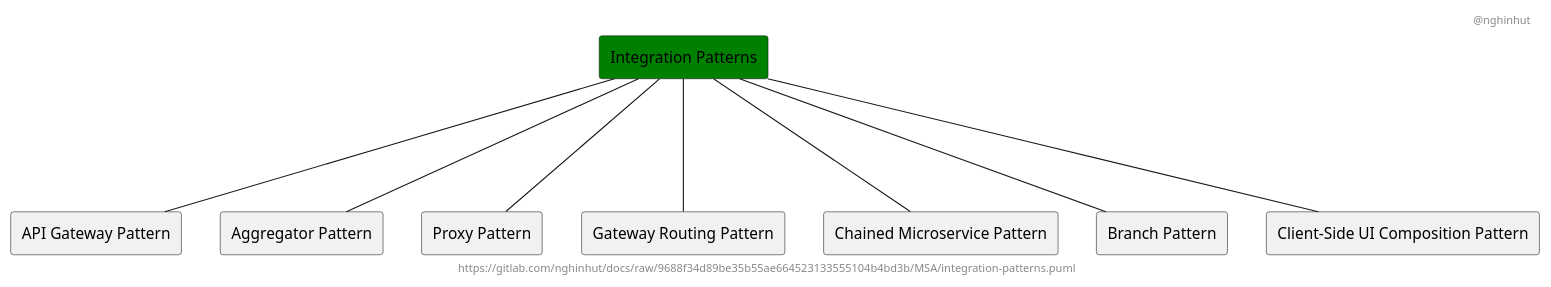
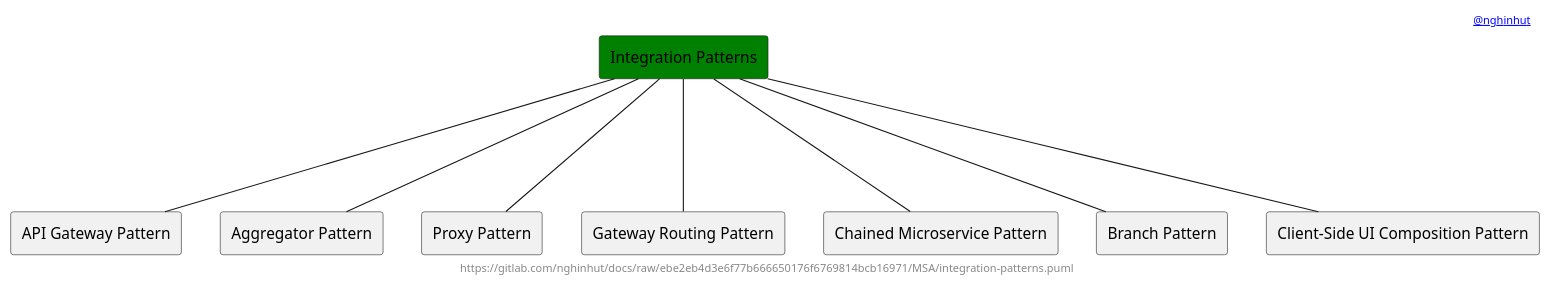
The diagram in MSA/integration-patterns.puml (nghinhut/docs), drawn with PlantUML before and after one commit. The commit also changed 18 other files, not shown here.

Commit message:
Update diagrams

```diff
--- a/MSA/integration-patterns.puml
+++ b/MSA/integration-patterns.puml
@@ -1,24 +1,24 @@
 @startuml
 '-----START auto generated metadata please keep comment here to allow auto update-----
 '-----DON'T EDIT THIS SECTION, INSTEAD RE-RUN prebuild.sh TO UPDATE-----
-header @nghinhut
-footer https://gitlab.com/nghinhut/docs/raw/9688f34d89be35b55ae664523133555104b4bd3b/MSA/integration-patterns.puml
+header [[mailto:nghinhut@gmail.com @nghinhut]]
+footer https://gitlab.com/nghinhut/docs/raw/ebe2eb4d3e6f77b666650176f6769814bcb16971/MSA/integration-patterns.puml
 '-----END auto generated metadata please keep comment here to allow auto update-----
 
 rectangle "Integration Patterns" as Integration #green
 
 rectangle "API Gateway Pattern" as IntegrationP1
 rectangle "Aggregator Pattern" as IntegrationP2
 rectangle "Proxy Pattern" as IntegrationP3
 rectangle "Gateway Routing Pattern" as IntegrationP4
 rectangle "Chained Microservice Pattern" as IntegrationP5
 rectangle "Branch Pattern" as IntegrationP6
 rectangle "Client-Side UI Composition Pattern" as IntegrationP7
 Integration --- IntegrationP1
 Integration --- IntegrationP2
 Integration --- IntegrationP3
 Integration --- IntegrationP4
 Integration --- IntegrationP5
 Integration --- IntegrationP6
 Integration --- IntegrationP7
 @enduml
```
